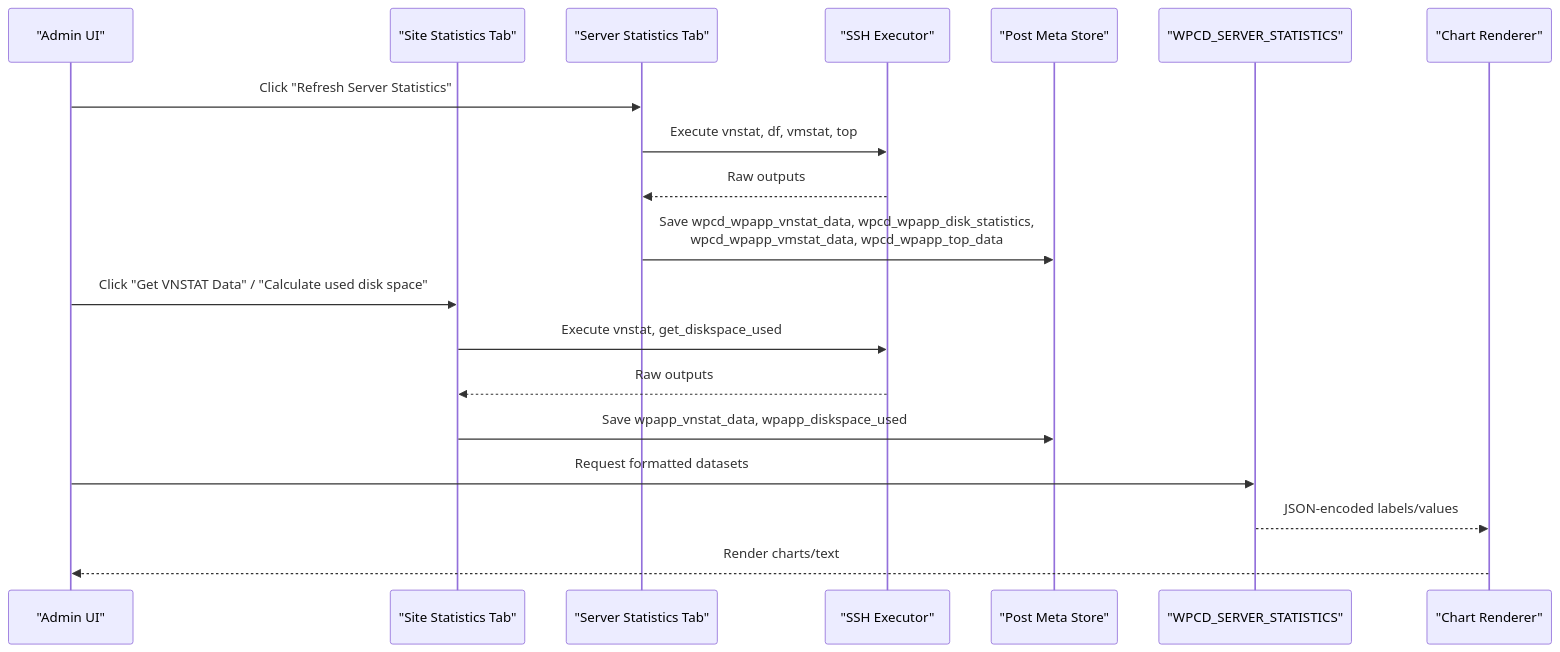
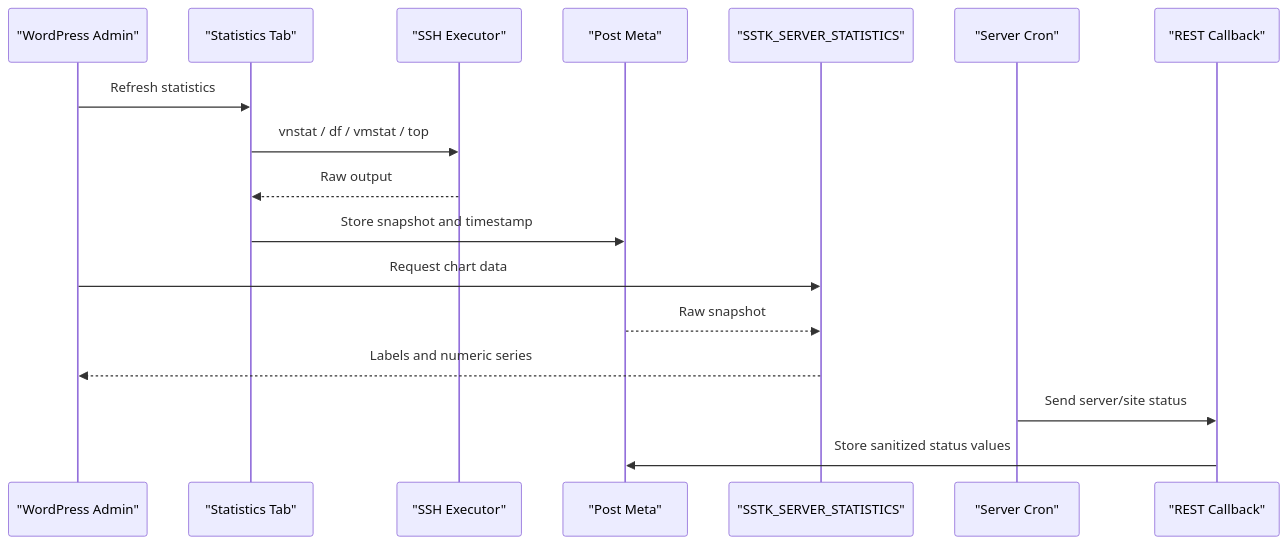
One commit to onedogsolutions/simple-stack changed the second of 2 diagrams in .qoder/repowiki/en/content/Logging & Monitoring/System Monitoring & Metrics/System Monitoring & Metrics.md. Above: the diagram before and after it, drawn with Mermaid. The commit also changed other lines of this file and 5941 other files, not shown here.

````diff
--- a/.qoder/repowiki/en/content/Logging & Monitoring/System Monitoring & Metrics/System Monitoring & Metrics.md
+++ b/.qoder/repowiki/en/content/Logging & Monitoring/System Monitoring & Metrics/System Monitoring & Metrics.md
@@ -107,21 +75,20 @@
 ```mermaid
 sequenceDiagram
-participant Admin as "Admin UI"
-participant SiteTab as "Site Statistics Tab"
-participant SrvTab as "Server Statistics Tab"
-participant SSH as "SSH Executor"
-participant Meta as "Post Meta Store"
-participant Formatter as "WPCD_SERVER_STATISTICS"
-participant Charts as "Chart Renderer"
-Admin->>SrvTab : Click "Refresh Server Statistics"
-SrvTab->>SSH : Execute vnstat, df, vmstat, top
-SSH-->>SrvTab : Raw outputs
-SrvTab->>Meta : Save wpcd_wpapp_vnstat_data, wpcd_wpapp_disk_statistics,<br/>wpcd_wpapp_vmstat_data, wpcd_wpapp_top_data
-Admin->>SiteTab : Click "Get VNSTAT Data" / "Calculate used disk space"
-SiteTab->>SSH : Execute vnstat, get_diskspace_used
-SSH-->>SiteTab : Raw outputs
-SiteTab->>Meta : Save wpapp_vnstat_data, wpapp_diskspace_used
-Admin->>Formatter : Request formatted datasets
-Formatter-->>Charts : JSON-encoded labels/values
-Charts-->>Admin : Render charts/text
+    participant Admin as "WordPress Admin"
+    participant Tab as "Statistics Tab"
+    participant SSH as "SSH Executor"
+    participant Meta as "Post Meta"
+    participant Formatter as "SSTK_SERVER_STATISTICS"
+    participant Cron as "Server Cron"
+    participant Callback as "REST Callback"
+
+    Admin->>Tab : Refresh statistics
+    Tab->>SSH : vnstat / df / vmstat / top
+    SSH-->>Tab : Raw output
+    Tab->>Meta : Store snapshot and timestamp
+    Admin->>Formatter : Request chart data
+    Meta-->>Formatter : Raw snapshot
+    Formatter-->>Admin : Labels and numeric series
+    Cron->>Callback : Send server/site status
+    Callback->>Meta : Store sanitized status values
 ```
````
